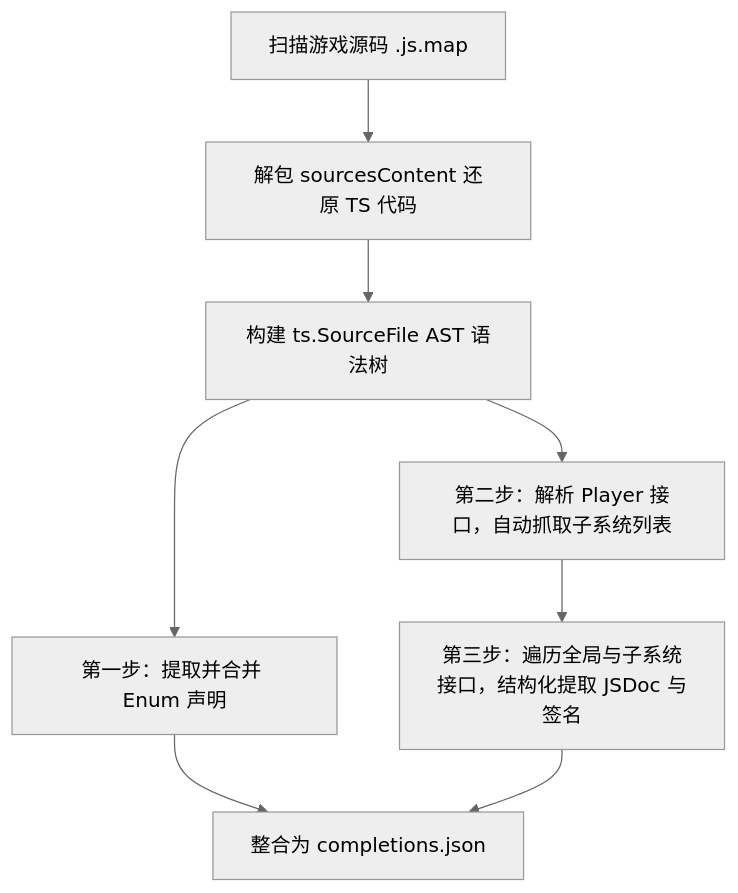
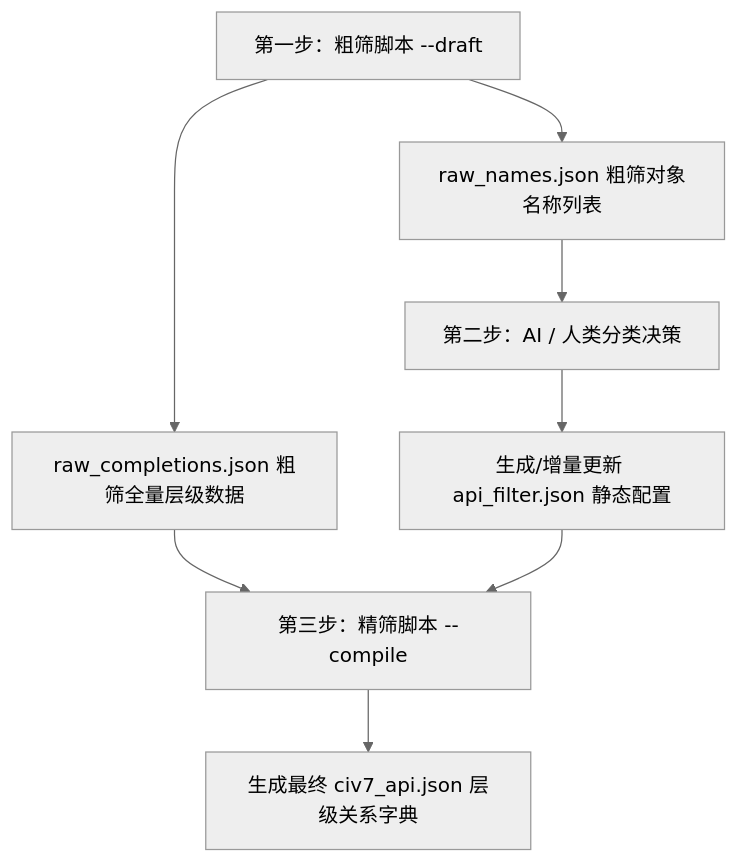
Before and after one commit to F1rstDan/Civ7_API: the diagram in docs/_plan/api_extractor_plan.md, drawn with Mermaid (neutral theme). The commit also changed other lines of this file and 12 other files, not shown here.

````diff
--- a/docs/_plan/api_extractor_plan.md
+++ b/docs/_plan/api_extractor_plan.md
@@ -18,10 +23,10 @@
 ```mermaid
 graph TD
-    A[扫描游戏源码 .js.map] --> B[解包 sourcesContent 还原 TS 代码]
-    B --> C[构建 ts.SourceFile AST 语法树]
-    C --> D[第一步：提取并合并 Enum 声明]
-    C --> E[第二步：解析 Player 接口，自动抓取子系统列表]
-    E --> F[第三步：遍历全局与子系统接口，结构化提取 JSDoc 与签名]
-    D --> G[整合为 completions.json]
-    F --> G
+    A[第一步：粗筛脚本 --draft] --> B1[raw_completions.json 粗筛全量层级数据]
+    A --> B2[raw_names.json 粗筛对象名称列表]
+    B2 --> C[第二步：AI / 人类分类决策]
+    C --> D[生成/增量更新 api_filter.json 静态配置]
+    B1 --> E[第三步：精筛脚本 --compile]
+    D --> E
+    E --> F[生成最终 civ7_api.json 层级关系字典]
 ```
````
